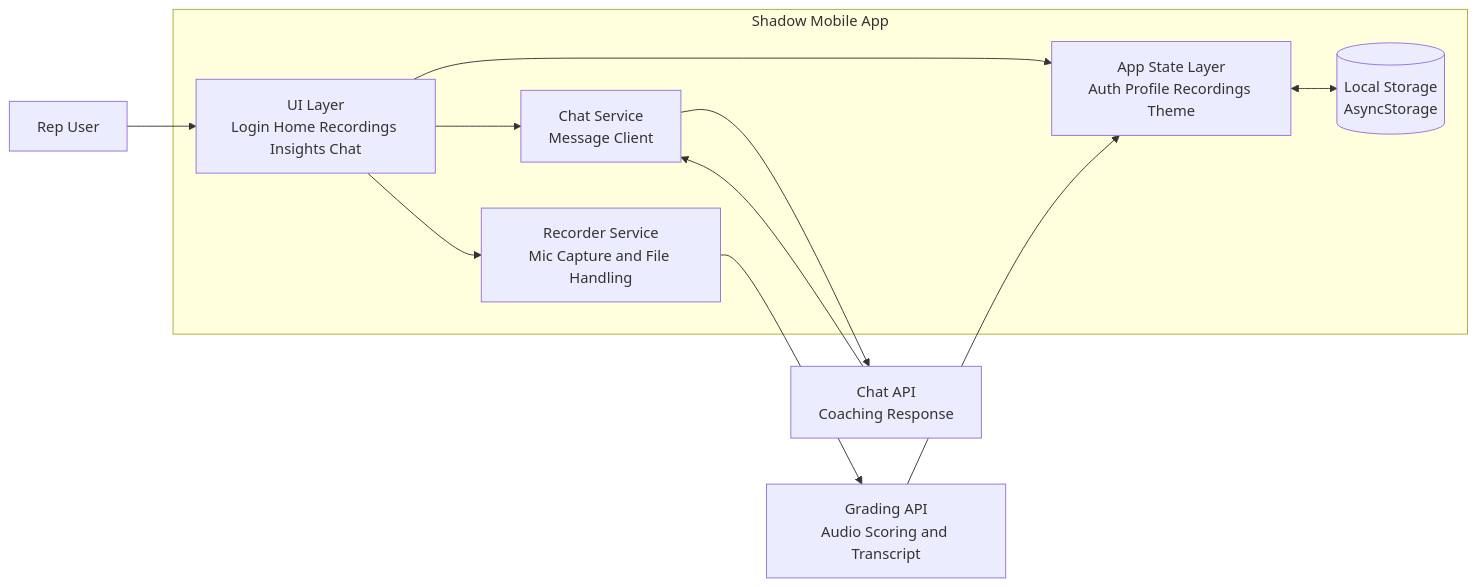
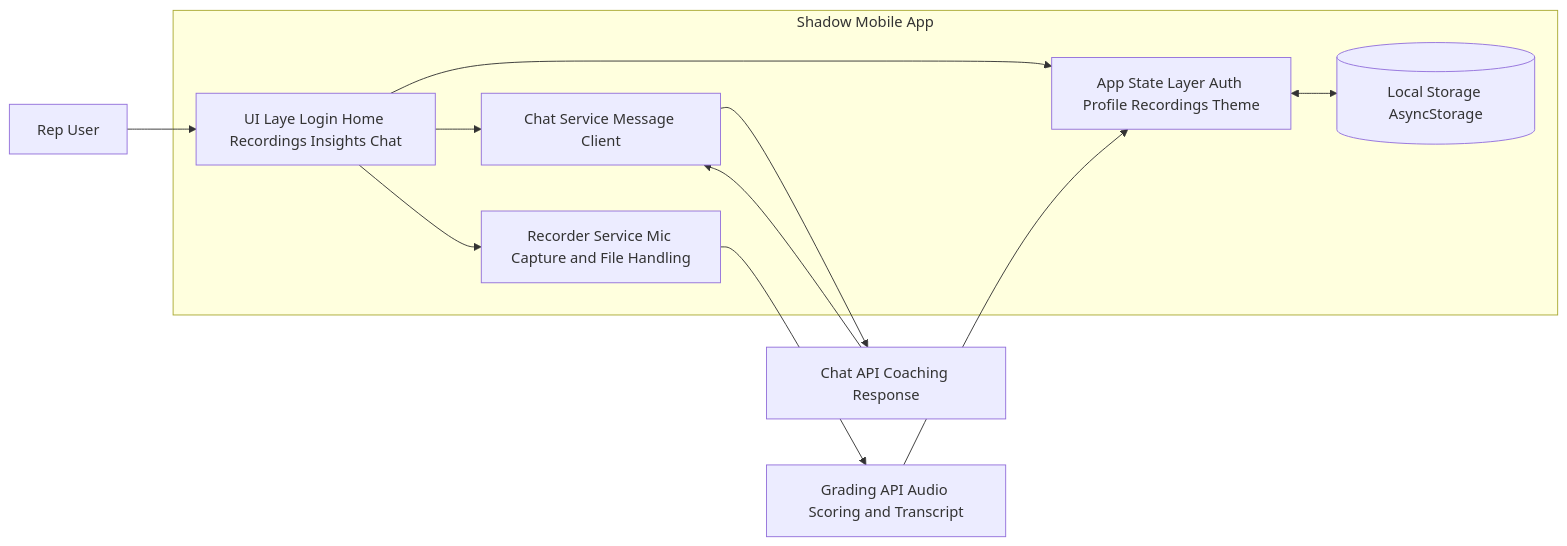
The second of 4 diagrams in docs/core-diagrams.md (d00375828/SeniorProject), drawn with Mermaid before and after one commit. The commit also changed other lines of this file, not shown here.

Commit message:
More edits to documentation

````diff
--- a/docs/core-diagrams.md
+++ b/docs/core-diagrams.md
@@ -33,25 +33,25 @@
 ```mermaid
 flowchart LR
     U[Rep User]
 
     subgraph APP[Shadow Mobile App]
-      UI[UI Layer\nLogin Home Recordings Insights Chat]
-      STATE[App State Layer\nAuth Profile Recordings Theme]
-      REC[Recorder Service\nMic Capture and File Handling]
-      CHAT[Chat Service\nMessage Client]
-      STORE[(Local Storage\nAsyncStorage)]
+      UI[UI Laye Login Home Recordings Insights Chat]
+      STATE[App State Layer Auth Profile Recordings Theme]
+      REC[Recorder Service Mic Capture and File Handling]
+      CHAT[Chat Service Message Client]
+      STORE[(Local Storage AsyncStorage)]
     end
 
-    GRADE[Grading API\nAudio Scoring and Transcript]
-    CHATAPI[Chat API\nCoaching Response]
+    GRADE[Grading API Audio Scoring and Transcript]
+    CHATAPI[Chat API Coaching Response]
 
     U --> UI
     UI --> STATE
     UI --> REC
     UI --> CHAT
     STATE <--> STORE
     REC --> GRADE
     CHAT --> CHATAPI
     GRADE --> STATE
     CHATAPI --> CHAT
 ```
````
